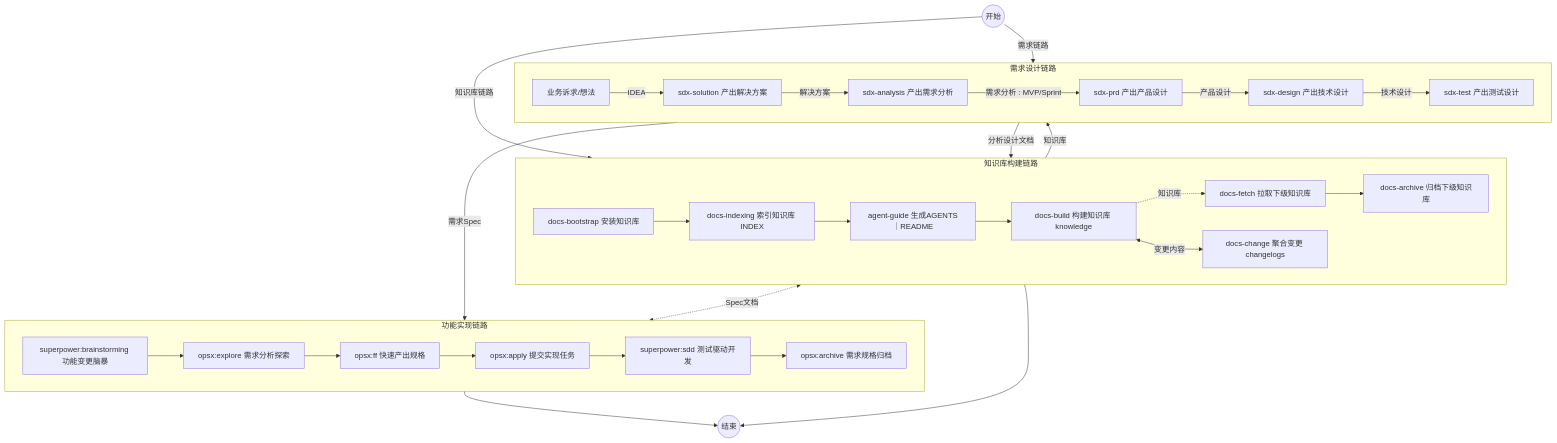
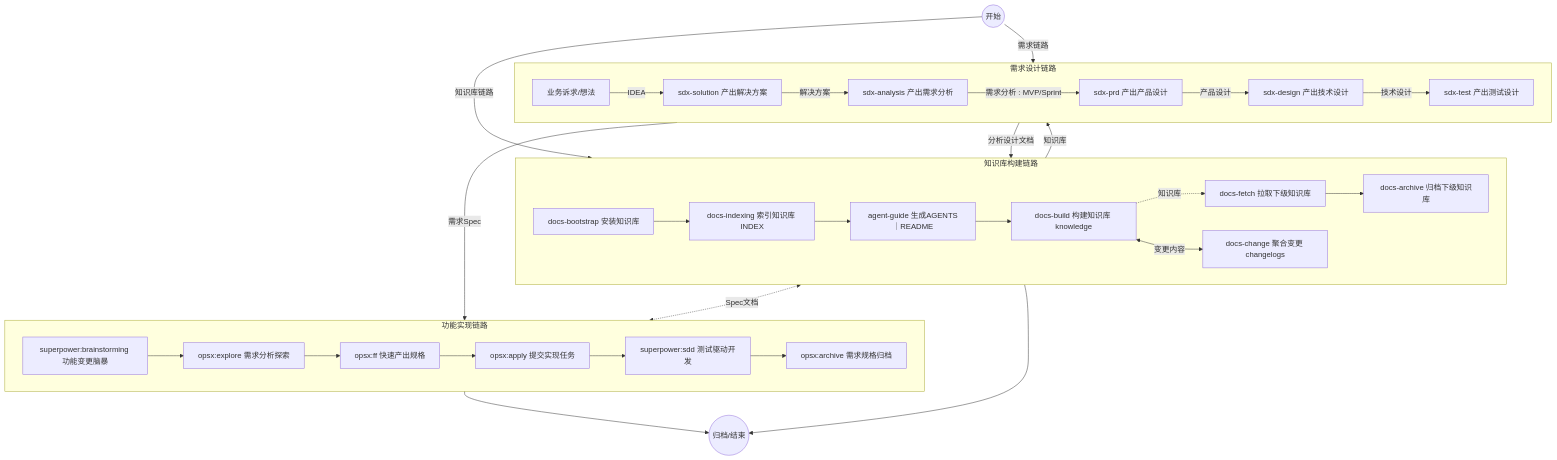
One commit to oleewen/ai-knowledge changed the second of 2 diagrams in README.md. Above: the diagram before and after it, drawn with Mermaid. The commit also changed other lines of this file and 1 other file, not shown here.

````diff
--- a/README.md
+++ b/README.md
@@ -135,47 +110,46 @@
 ```mermaid
 flowchart TD
-    S((开始))
-    Z((结束))
+    S((开始)) 
+    Z((归档/结束))
 
     subgraph KB["知识库构建链路"]
         direction LR
         A["docs-bootstrap 安装知识库"] 
         B["docs-indexing 索引知识库 INDEX"]
         C["agent-guide 生成AGENTS｜README"]
         D["docs-build 构建知识库 knowledge"]
         E["docs-change 聚合变更 changelogs"]
         R["docs-fetch 拉取下级知识库"]
         T["docs-archive 归档下级知识库"]
     end
 
     subgraph RDD["需求设计链路"]
         direction LR
         Q["业务诉求/想法"]
         F["sdx-solution 产出解决方案"] 
         G["sdx-analysis 产出需求分析"] 
         H["sdx-prd 产出产品设计"] 
         I["sdx-design 产出技术设计"] 
         J["sdx-test 产出测试设计"] 
     end
 
     subgraph SDD["功能实现链路"]
         direction LR
         K["superpower:brainstorming 功能变更脑暴"] 
         L["opsx:explore 需求分析探索"] 
         M["opsx:ff 快速产出规格"] 
         N["opsx:apply 提交实现任务"] 
         O["superpower:sdd 测试驱动开发"] 
         P["opsx:archive 需求规格归档"] 
         
     end
 
     S -- 知识库链路 --> A --> B --> C --> D -- 知识库 --> F 
     S -- 需求链路 --> Q -- IDEA --> F -- 解决方案 --> G -- 需求分析 : MVP/Sprint --> H -- 产品设计 --> I -- 技术设计 --> J
     I -- 需求Spec --> K --> L --> M --> N --> O --> P --> Z
     D -. 知识库 .-> R --> T --> Z
     
     J -- 分析设计文档 --> E 
     E <-. Spec文档 .-> P
     D <-- 变更内容 --> E
-    
 ```
````
